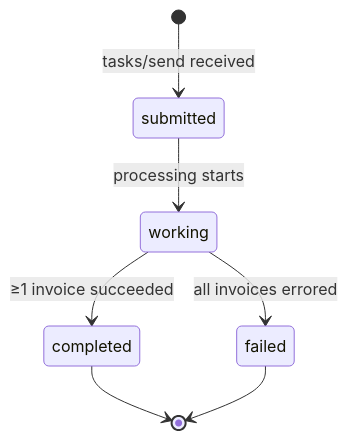
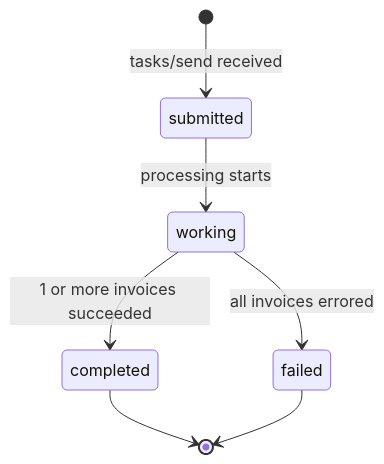
The fourth of 9 diagrams in DESIGN.md (Avii3301/cashCollection-A2A), drawn with Mermaid before and after one commit. The commit also changed other lines of this file, not shown here.

Commit message:
Fix Mermaid parse errors and add professional color scheme to all diagrams

````diff
--- a/DESIGN.md
+++ b/DESIGN.md
@@ -183,9 +209,9 @@
 ```mermaid
 stateDiagram-v2
     [*] --> submitted : tasks/send received
     submitted --> working : processing starts
-    working --> completed : ≥1 invoice succeeded
+    working --> completed : 1 or more invoices succeeded
     working --> failed : all invoices errored
     completed --> [*]
     failed --> [*]
 ```
````
